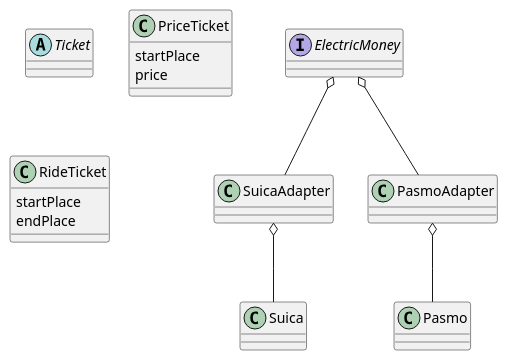
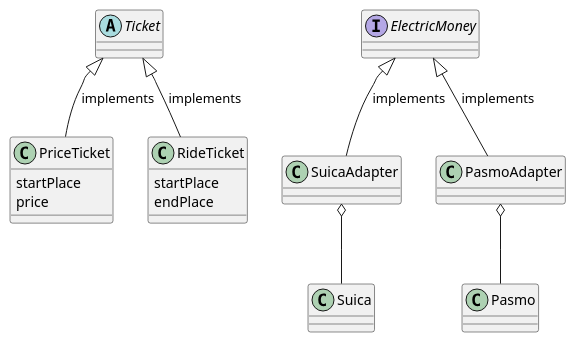
One commit to yatakeke/modeling-training changed the diagram in ticket-gate.puml. Above: the diagram before and after it, drawn with PlantUML.

Commit message:
クラス関係の修正

```diff
--- a/ticket-gate.puml
+++ b/ticket-gate.puml
@@ -1,37 +1,40 @@
 @startuml
 
 abstract class Ticket {
 }
+
+Ticket <|-- PriceTicket: implements
+Ticket <|-- RideTicket: implements
 
 class PriceTicket {
 startPlace
 price
 }
 
 class RideTicket {
 startPlace
 endPlace
 }
 
 Interface ElectricMoney {
 }
 
-ElectricMoney o-- SuicaAdapter
-ElectricMoney o-- PasmoAdapter
+ElectricMoney <|-- SuicaAdapter: implements
+ElectricMoney <|-- PasmoAdapter: implements
 
 class SuicaAdapter {
 }
 SuicaAdapter o-- Suica
 
 class Suica {
 }
 
 class PasmoAdapter {
 }
 
 PasmoAdapter o-- Pasmo
 
 class Pasmo {
 }
 
 @enduml
```
